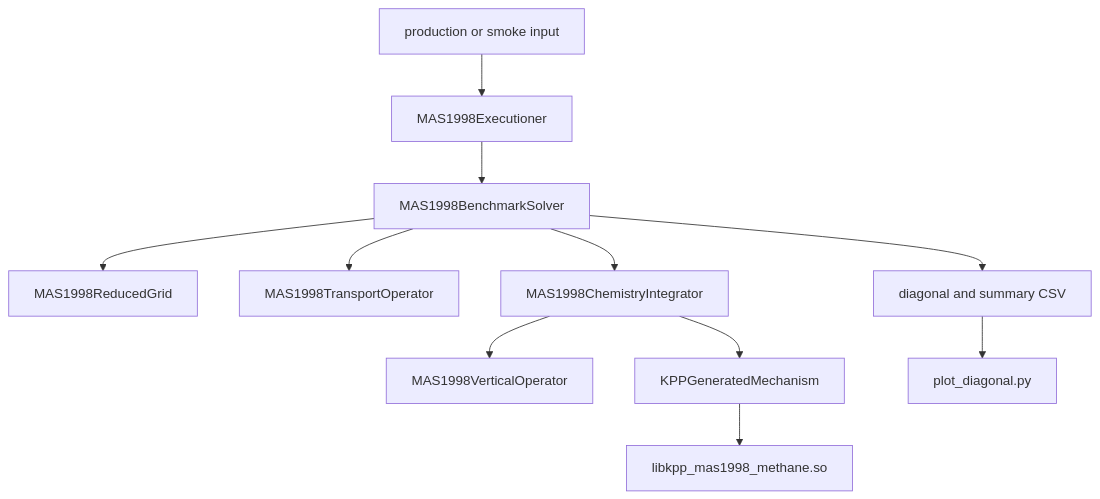
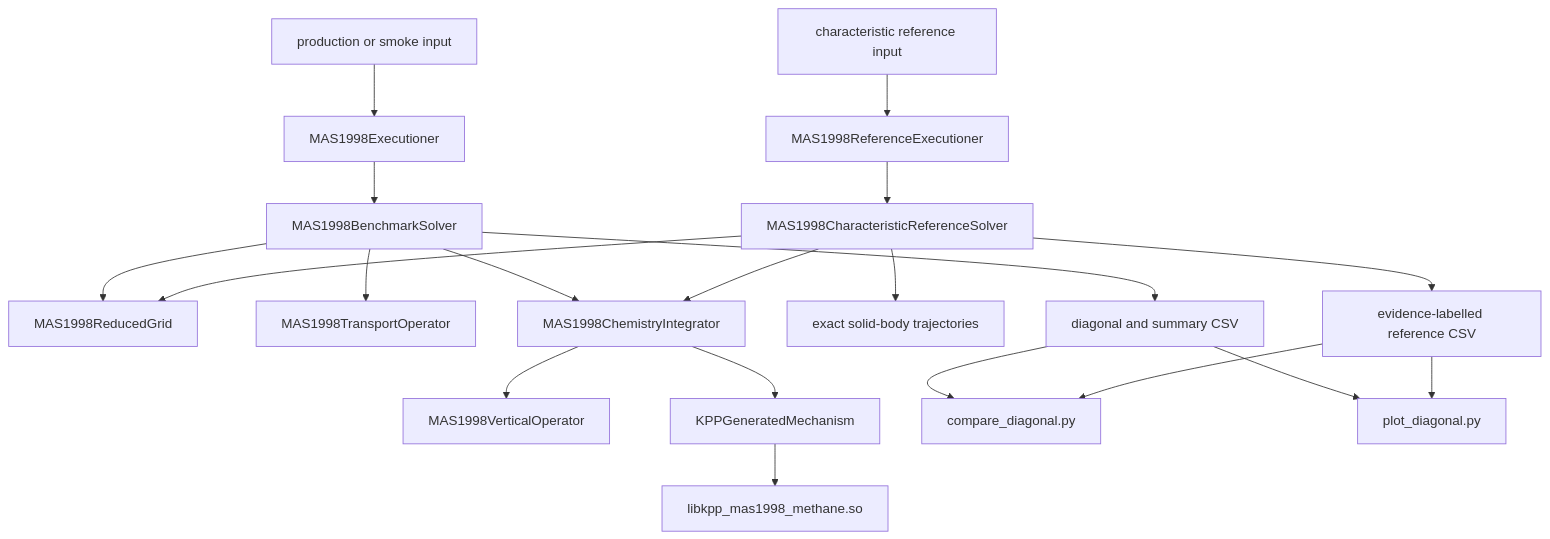
The diagram in .codex/docs/architecture.md (XiaozhongFang/moose), drawn with Mermaid before and after one commit. The commit also changed other lines of this file and 2 other files, not shown here.

Commit message:
Document MAS1998 quantitative reference workflow

````diff
--- a/.codex/docs/architecture.md
+++ b/.codex/docs/architecture.md
@@ -51,13 +56,22 @@
 ```mermaid
 flowchart TD
   I[production or smoke input] --> E[MAS1998Executioner]
+  RI[characteristic reference input] --> RE[MAS1998ReferenceExecutioner]
   E --> S[MAS1998BenchmarkSolver]
+  RE --> RS[MAS1998CharacteristicReferenceSolver]
   S --> G[MAS1998ReducedGrid]
+  RS --> G
   S --> A[MAS1998TransportOperator]
   S --> C[MAS1998ChemistryIntegrator]
+  RS --> T[exact solid-body trajectories]
+  RS --> C
   C --> V[MAS1998VerticalOperator]
   C --> K[KPPGeneratedMechanism]
   K --> L[libkpp_mas1998_methane.so]
   S --> D[diagonal and summary CSV]
+  RS --> RD[evidence-labelled reference CSV]
+  D --> Q[compare_diagonal.py]
+  RD --> Q
   D --> P[plot_diagonal.py]
+  RD --> P
 ```
````
